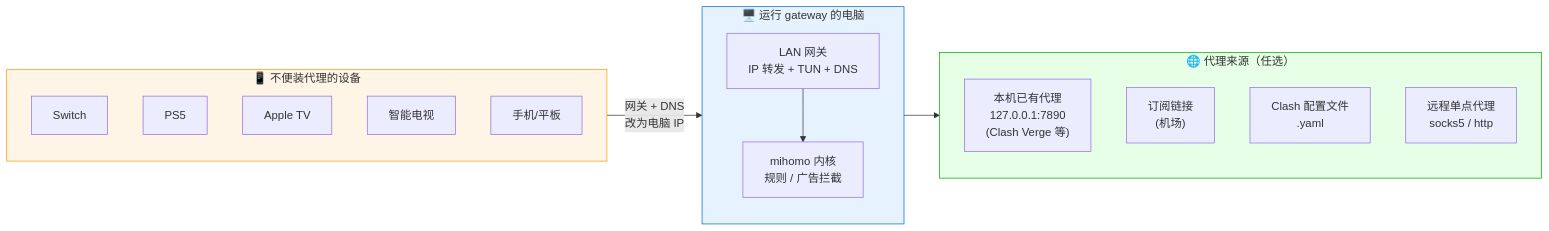
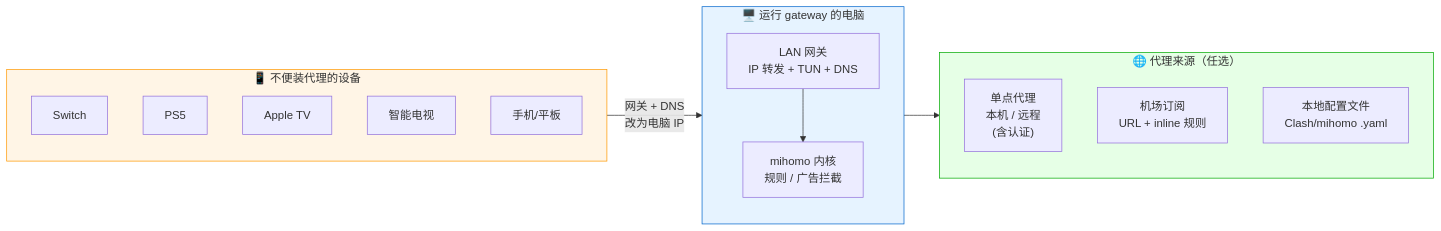
One commit to jinzaizhichi/lan-proxy-gateway changed the first of 2 diagrams in README.md. Above: the diagram before and after it, drawn with Mermaid. The commit also changed other lines of this file and 1 other file, not shown here.

````diff
--- a/README.md
+++ b/README.md
@@ -44,31 +44,30 @@
 ```mermaid
 flowchart LR
     subgraph Devices["📱 不便装代理的设备"]
         S[Switch]
         P[PS5]
         T[Apple TV]
         TV[智能电视]
         M[手机/平板]
     end
 
     subgraph Host["🖥️ 运行 gateway 的电脑"]
         direction TB
         GW["LAN 网关<br/>IP 转发 + TUN + DNS"]
         MH["mihomo 内核<br/>规则 / 广告拦截"]
         GW --> MH
     end
 
     subgraph Sources["🌐 代理来源（任选）"]
-        E["本机已有代理<br/>127.0.0.1:7890<br/>(Clash Verge 等)"]
-        SUB["订阅链接<br/>(机场)"]
-        F["Clash 配置文件<br/>.yaml"]
-        R["远程单点代理<br/>socks5 / http"]
+        E["单点代理<br/>本机 / 远程<br/>(含认证)"]
+        SUB["机场订阅<br/>URL + inline 规则"]
+        F["本地配置文件<br/>Clash/mihomo .yaml"]
     end
 
     Devices -- "网关 + DNS<br/>改为电脑 IP" --> Host
     Host --> Sources
 
     style Devices fill:#fff5e6,stroke:#ff9900
     style Host fill:#e6f3ff,stroke:#0066cc
     style Sources fill:#e6ffe6,stroke:#00aa00
 ```
````
